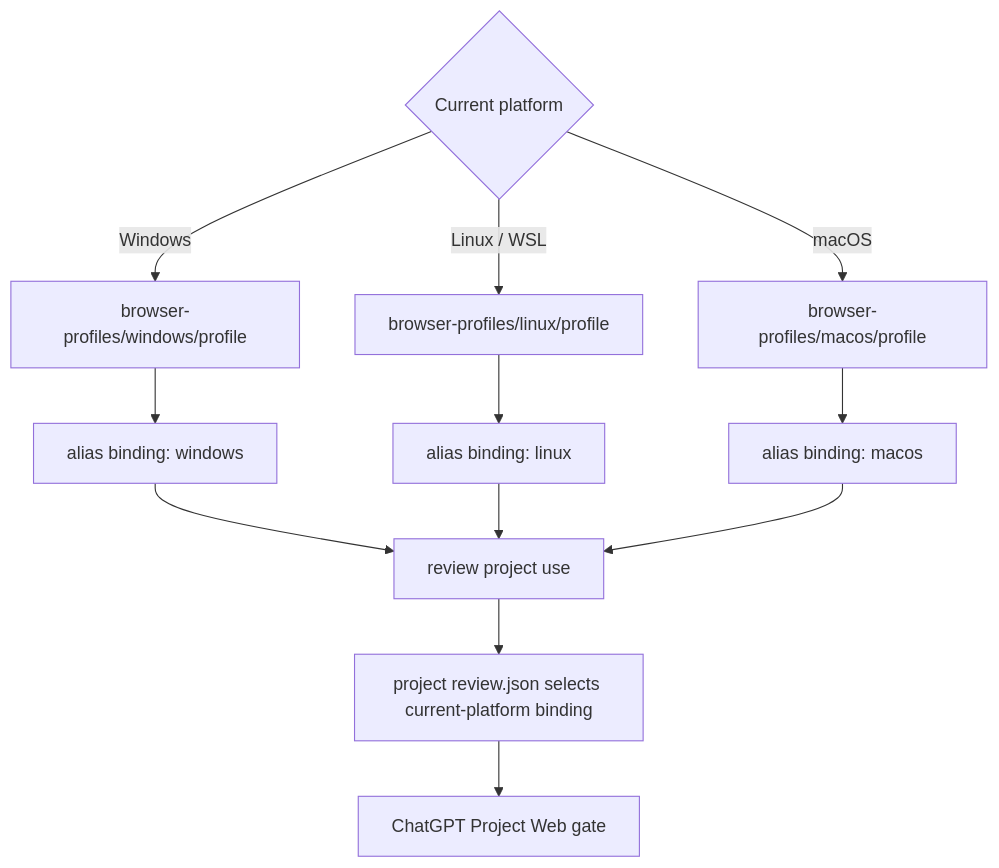
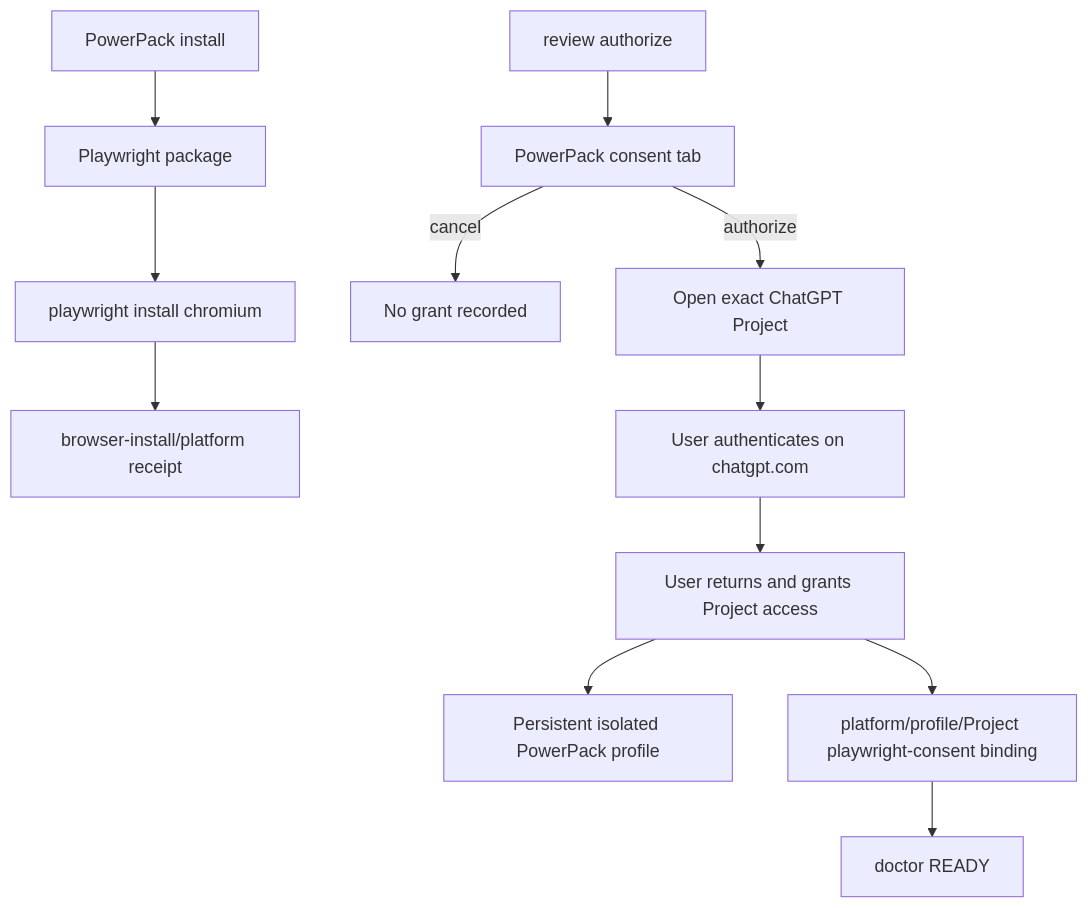
Before and after one commit to ds1david/speckit-powerpack: the sixth of 9 diagrams in docs/PROCESS_ARCHITECTURE.md, drawn with Mermaid. The commit also changed other lines of this file, not shown here.

Commit message:
docs(architecture): model mandatory isolated Web review

````diff
--- a/docs/PROCESS_ARCHITECTURE.md
+++ b/docs/PROCESS_ARCHITECTURE.md
@@ -233,14 +197,14 @@
 ```mermaid
 flowchart TD
-    OS{Current platform} -->|Windows| WP[browser-profiles/windows/profile]
-    OS -->|Linux / WSL| LP[browser-profiles/linux/profile]
-    OS -->|macOS| MP[browser-profiles/macos/profile]
-    WP --> WB[alias binding: windows]
-    LP --> LB[alias binding: linux]
-    MP --> MB[alias binding: macos]
-    WB --> USE[review project use]
-    LB --> USE
-    MB --> USE
-    USE --> RJ[project review.json selects current-platform binding]
-    RJ --> WEB[ChatGPT Project Web gate]
+    INSTALL[PowerPack install] --> PWP[Playwright package]
+    PWP --> CH[playwright install chromium]
+    CH --> REC[browser-install/platform receipt]
+    AUTHZ[review authorize] --> CONSENT[PowerPack consent tab]
+    CONSENT -->|cancel| NONE[No grant recorded]
+    CONSENT -->|authorize| PROJ[Open exact ChatGPT Project]
+    PROJ --> LOGIN[User authenticates on chatgpt.com]
+    LOGIN --> GRANT[User returns and grants Project access]
+    GRANT --> PROFILE[Persistent isolated PowerPack profile]
+    GRANT --> BIND[platform/profile/Project playwright-consent binding]
+    BIND --> DOC[doctor READY]
 ```
````
